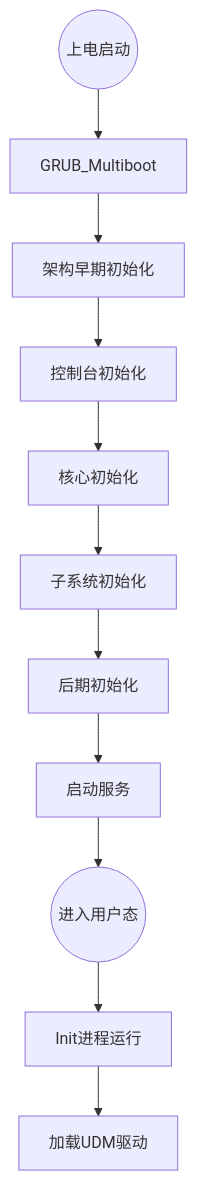
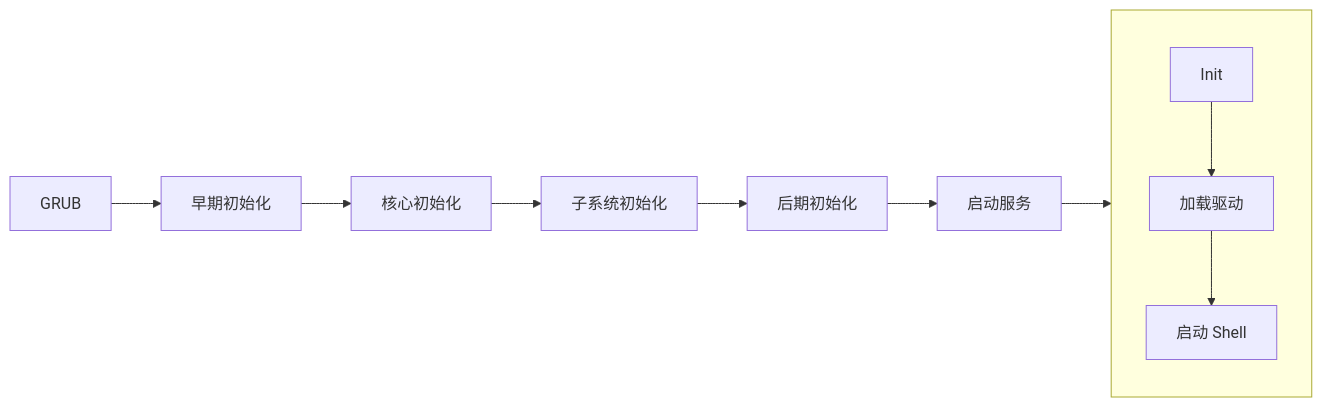
Before and after one commit to SH-XiaoXiu/xnix: the second of 3 diagrams in README.md, drawn with Mermaid. The commit also changed other lines of this file and 4 other files, not shown here.

````diff
--- a/README.md
+++ b/README.md
@@ -102,14 +195,14 @@
 ```mermaid
-graph TD
-    Start((上电启动)) --> Bootloader[GRUB_Multiboot]
-    Bootloader --> ArchEarly[架构早期初始化]
-    ArchEarly --> Console[控制台初始化]
-    Console --> Core[核心初始化]
+graph LR
+    Boot[GRUB] --> Early[早期初始化]
+    Early --> Core[核心初始化]
     Core --> Subsys[子系统初始化]
     Subsys --> Late[后期初始化]
     Late --> Services[启动服务]
-    Services --> UserMode((进入用户态))
-    
-    UserMode --> InitProcess[Init进程运行]
-    InitProcess --> LoadDrivers[加载UDM驱动]
+    Services --> User[用户态]
+
+    subgraph User[" "]
+        Init2[Init] --> Drivers[加载驱动]
+        Drivers --> Shell2[启动 Shell]
+    end
 ```
````
